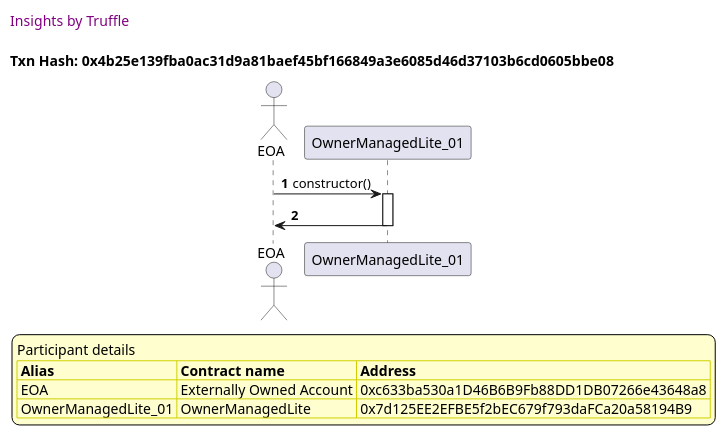
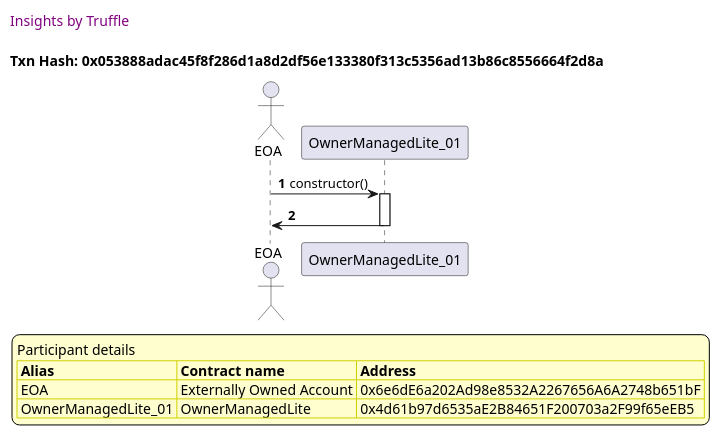
One commit to thedarkjester/ConsensysAssignment changed the seventh of 26 diagrams in truffle-seq/OwnerManagedLite_test_add_owner.md. Above: the diagram before and after it, drawn with PlantUML. The commit also changed other lines of this file and 13 other files, not shown here.

````diff
--- a/truffle-seq/OwnerManagedLite_test_add_owner.md
+++ b/truffle-seq/OwnerManagedLite_test_add_owner.md
@@ -301,37 +301,37 @@
 ```plantuml
 
 
 @startuml
 
 autonumber
 skinparam legendBackgroundColor #FEFECE
 
 <style>
       header {
         HorizontalAlignment left
         FontColor purple
         FontSize 14
         Padding 10
       }
     </style>
 
 header Insights by Truffle
 
-title Txn Hash: 0x4b25e139fba0ac31d9a81baef45bf166849a3e6085d46d37103b6cd0605bbe08
+title Txn Hash: 0x053888adac45f8f286d1a8d2df56e133380f313c5356ad13b86c8556664f2d8a
 
 
 actor EOA as "EOA"
 participant OwnerManagedLite_01 as "OwnerManagedLite_01"
 
 "EOA" -> "OwnerManagedLite_01" ++: constructor()
 "OwnerManagedLite_01" -> "EOA" --: 
 
 legend
 Participant details
 <#FEFECE,#D0D000>|= Alias |= Contract name |= Address |
-<#FEFECE>| EOA | Externally Owned Account | 0xc633ba530a1D46B6B9Fb88DD1DB07266e43648a8 |
-<#FEFECE>| OwnerManagedLite_01 | OwnerManagedLite | 0x7d125EE2EFBE5f2bEC679f793daFCa20a58194B9 |
+<#FEFECE>| EOA | Externally Owned Account | 0x6e6dE6a202Ad98e8532A2267656A6A2748b651bF |
+<#FEFECE>| OwnerManagedLite_01 | OwnerManagedLite | 0x4d61b97d6535aE2B84651F200703a2F99f65eEB5 |
 endlegend
 
 @enduml
 ```
````
